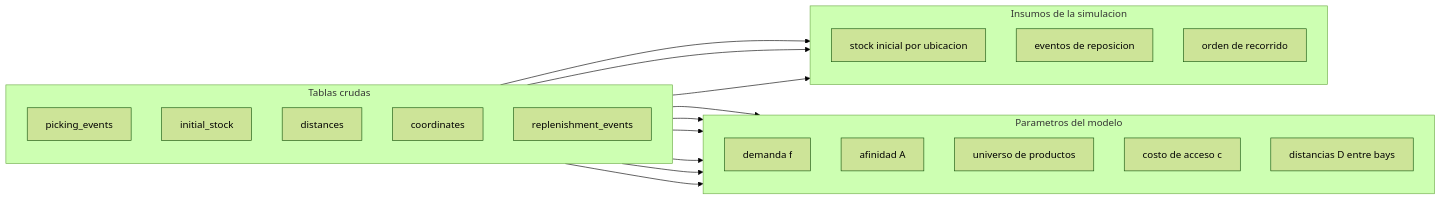
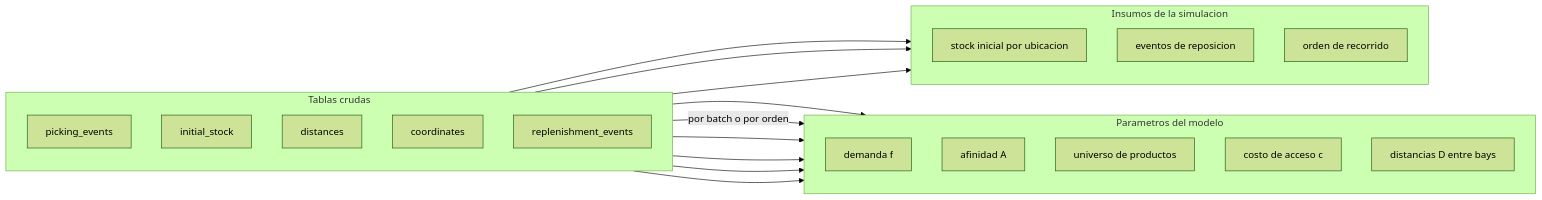
The first of 2 diagrams in docs/modelo.md (santiagofada/ABS-Affinity-based-slotting), drawn with Mermaid (forest theme) before and after one commit. The commit also changed other lines of this file and 3 other files, not shown here.

````diff
--- a/docs/modelo.md
+++ b/docs/modelo.md
@@ -56,34 +77,34 @@
 ```mermaid
 flowchart LR
     subgraph crudo["Tablas crudas"]
         direction TB
         PE["picking_events"]
         IS["initial_stock"]
         DI["distances"]
         CO["coordinates"]
         RE["replenishment_events"]
     end
     subgraph estatico["Parametros del modelo"]
         direction TB
         F["demanda f"]
         A["afinidad A"]
         U["universo de productos"]
         C["costo de acceso c"]
         D["distancias D entre bays"]
     end
     subgraph dinamico["Insumos de la simulacion"]
         direction TB
         ST["stock inicial por ubicacion"]
         EV["eventos de reposicion"]
         SNK["orden de recorrido"]
     end
     PE --> F
-    PE --> A
+    PE -->|"por batch o por orden"| A
     IS --> U
     IS --> C
     IS --> ST
     DI --> C
     DI --> D
     CO --> SNK
     RE --> EV
 ```
````
